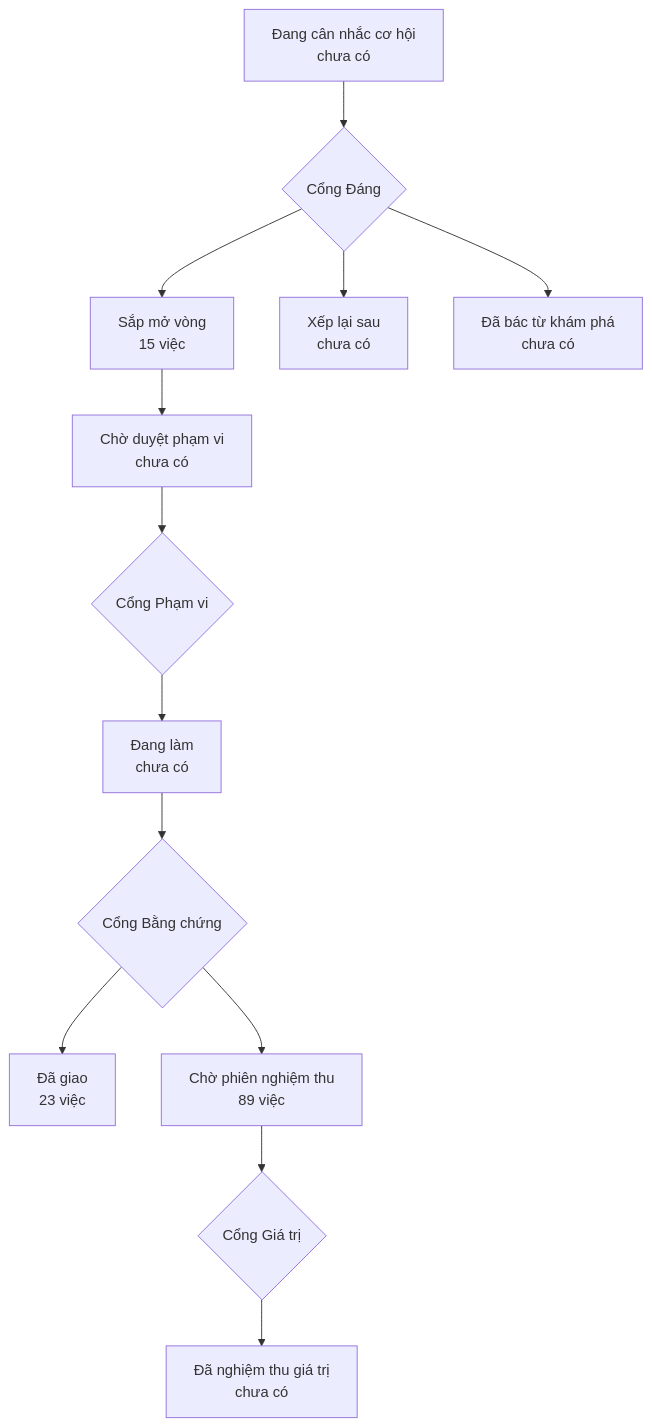
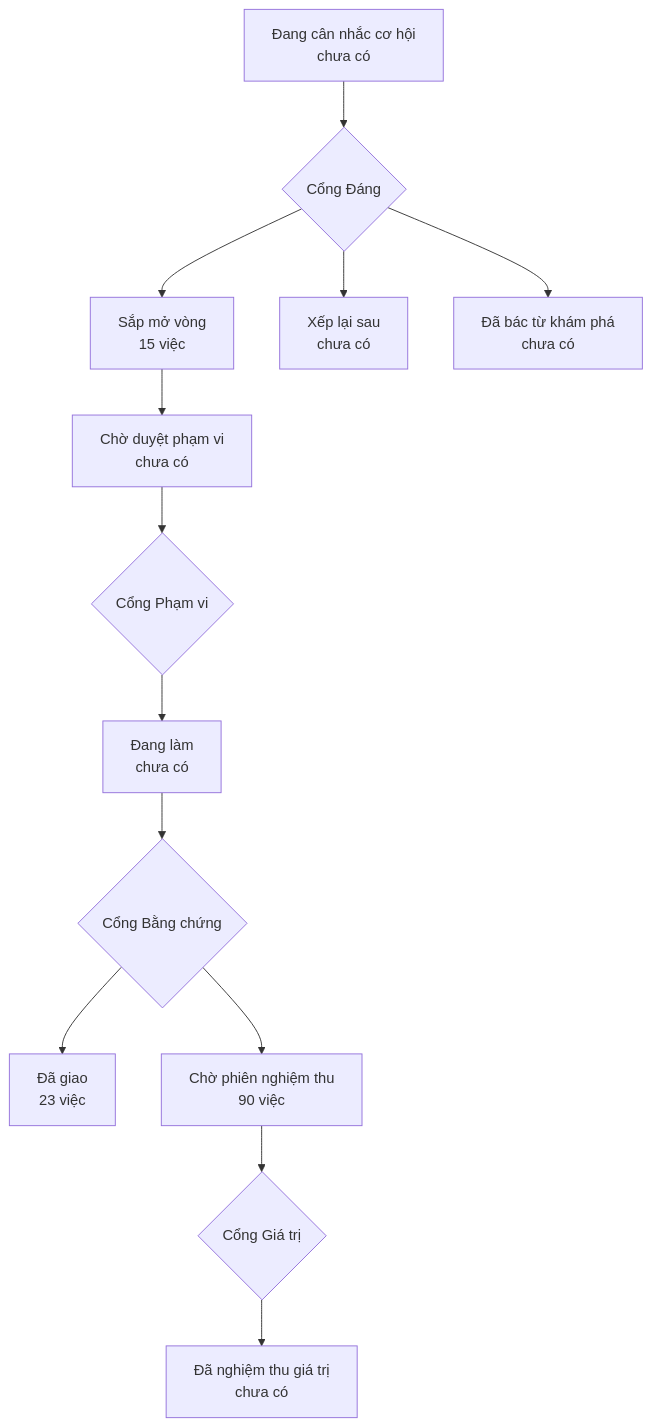
Before and after one commit to phanlemanh/onehub-quy-hang: the diagram in PRODUCT-MAP.md, drawn with Mermaid. The commit also changed other lines of this file and 1 other file, not shown here.

Commit message:
chore(map): vẽ lại bản đồ sản phẩm và lộ trình sau gộp main

````diff
--- a/PRODUCT-MAP.md
+++ b/PRODUCT-MAP.md
@@ -7,12 +7,12 @@
 ```mermaid
 flowchart TD
   A["Đang cân nhắc cơ hội<br/>chưa có"] --> GD{"Cổng Đáng"}
   GD --> B["Sắp mở vòng<br/>15 việc"]
   GD --> XL["Xếp lại sau<br/>chưa có"]
   GD --> DB["Đã bác từ khám phá<br/>chưa có"]
   B --> CD["Chờ duyệt phạm vi<br/>chưa có"] --> GP{"Cổng Phạm vi"}
   GP --> DL["Đang làm<br/>chưa có"] --> GB{"Cổng Bằng chứng"}
   GB --> DG["Đã giao<br/>23 việc"]
-  GB --> CN["Chờ phiên nghiệm thu<br/>89 việc"] --> GG{"Cổng Giá trị"}
+  GB --> CN["Chờ phiên nghiệm thu<br/>90 việc"] --> GG{"Cổng Giá trị"}
   GG --> NT["Đã nghiệm thu giá trị<br/>chưa có"]
 ```
````
